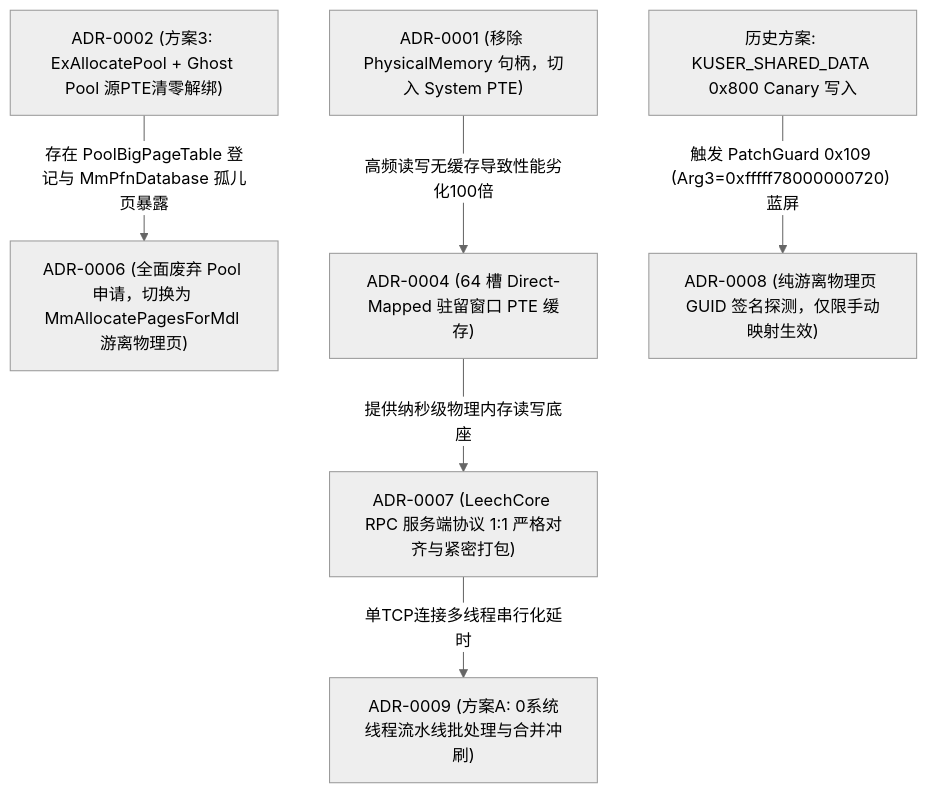
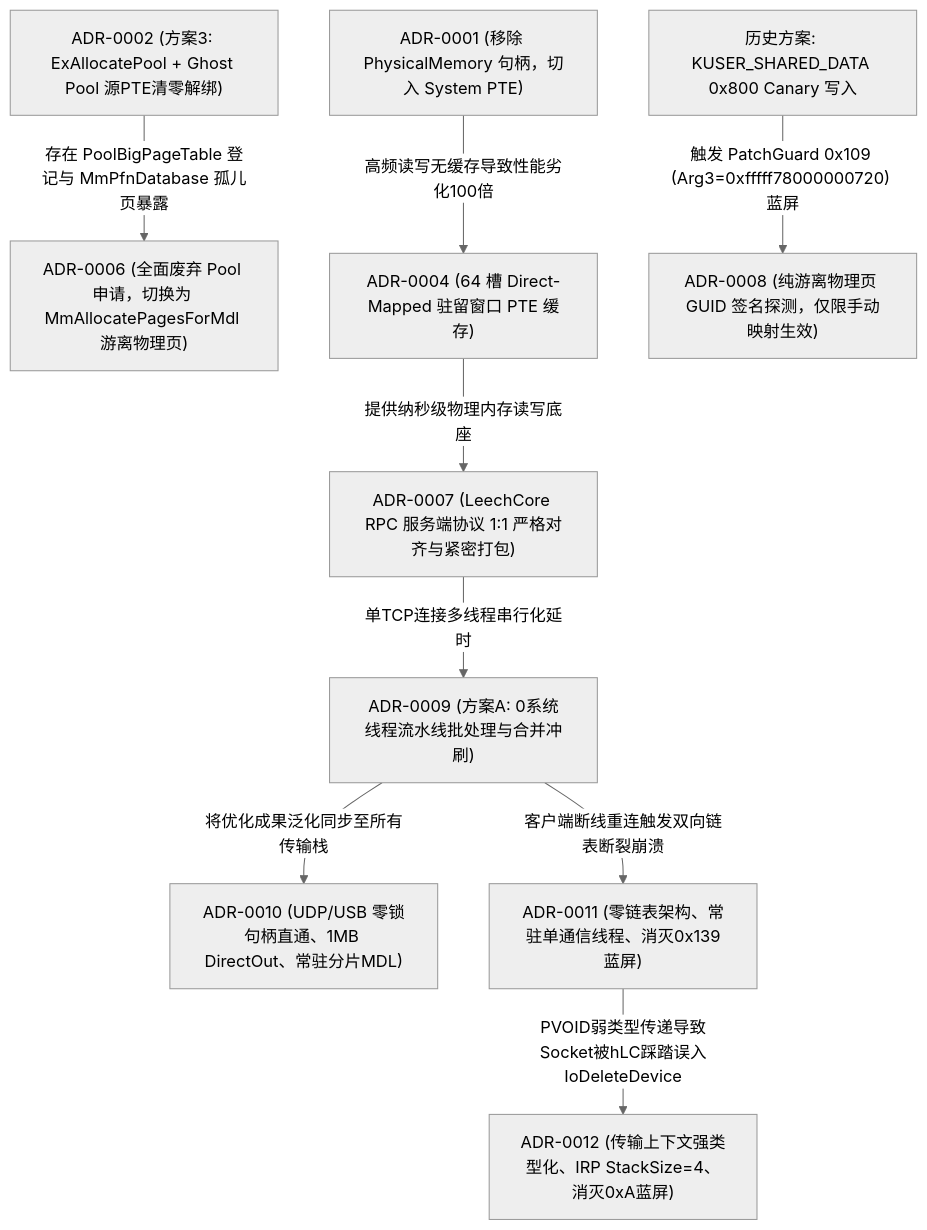
The diagram in docs/decisions/README.md (zhugeliang666/CheatDrv), drawn with Mermaid (neutral theme) before and after one commit. The commit also changed other lines of this file and 21 other files, not shown here.

````diff
--- a/docs/decisions/README.md
+++ b/docs/decisions/README.md
@@ -25,8 +28,11 @@
 ```mermaid
 graph TD
     A["ADR-0002 (方案3: ExAllocatePool + Ghost Pool 源PTE清零解绑)"] --"存在 PoolBigPageTable 登记与 MmPfnDatabase 孤儿页暴露"--> B["ADR-0006 (全面废弃 Pool 申请，切换为 MmAllocatePagesForMdl 游离物理页)"]
     C["ADR-0001 (移除 PhysicalMemory 句柄，切入 System PTE)"] --"高频读写无缓存导致性能劣化100倍"--> D["ADR-0004 (64 槽 Direct-Mapped 驻留窗口 PTE 缓存)"]
     D --"提供纳秒级物理内存读写底座"--> E["ADR-0007 (LeechCore RPC 服务端协议 1:1 严格对齐与紧密打包)"]
     F["历史方案: KUSER_SHARED_DATA 0x800 Canary 写入"] --"触发 PatchGuard 0x109 (Arg3=0xfffff78000000720) 蓝屏"--> G["ADR-0008 (纯游离物理页 GUID 签名探测，仅限手动映射生效)"]
     E --"单TCP连接多线程串行化延时"--> H["ADR-0009 (方案A: 0系统线程流水线批处理与合并冲刷)"]
+    H --"将优化成果泛化同步至所有传输栈"--> I["ADR-0010 (UDP/USB 零锁句柄直通、1MB DirectOut、常驻分片MDL)"]
+    H --"客户端断线重连触发双向链表断裂崩溃"--> J["ADR-0011 (零链表架构、常驻单通信线程、消灭0x139蓝屏)"]
+    J --"PVOID弱类型传递导致Socket被hLC踩踏误入IoDeleteDevice"--> K["ADR-0012 (传输上下文强类型化、IRP StackSize=4、消灭0xA蓝屏)"]
 ```
````
